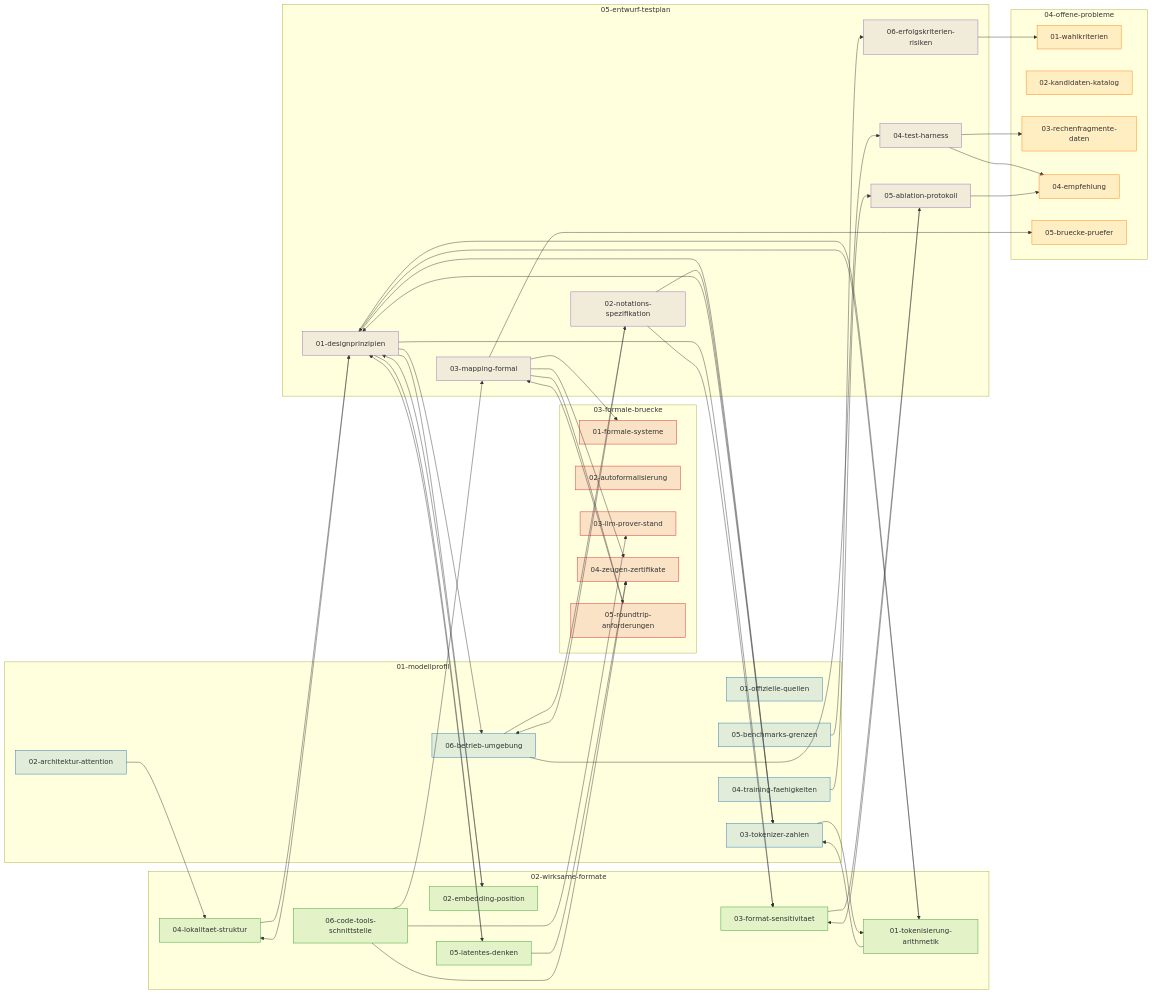
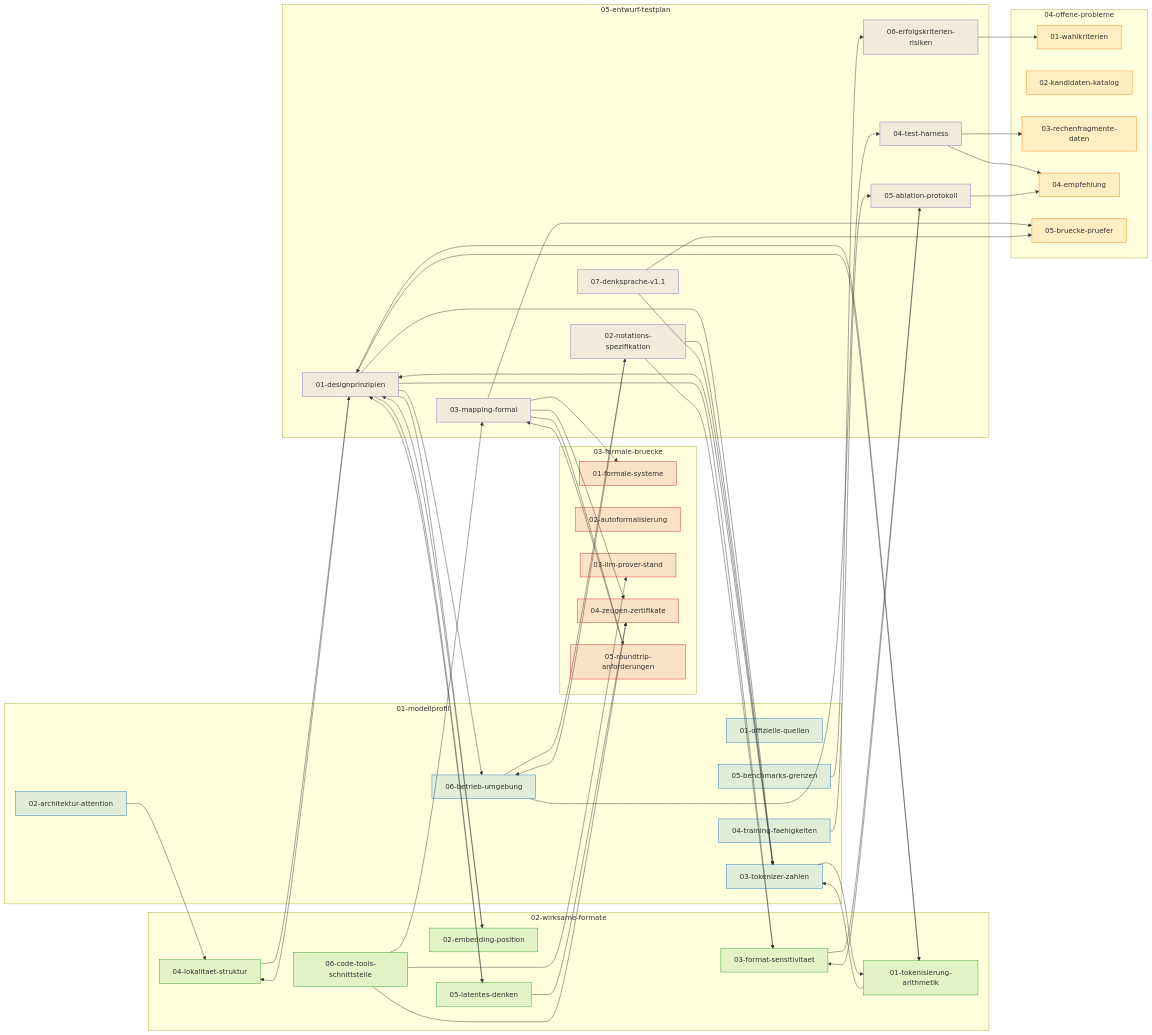
One commit to carsteneu/proofboy changed the diagram in yesdocs/deepseek-math-notation/wiki/INDEX.md. Above: the diagram before and after it, drawn with Mermaid. The commit also changed other lines of this file and 2 other files, not shown here.

````diff
--- a/yesdocs/deepseek-math-notation/wiki/INDEX.md
+++ b/yesdocs/deepseek-math-notation/wiki/INDEX.md
@@ -67,6 +67,7 @@
     F0504[04-test-harness]
     F0505[05-ablation-protokoll]
     F0506[06-erfolgskriterien-risiken]
+    F0507[07-denksprache-v1.1]
   end
   F0102 --> F0204
   F0103 --> F0201
@@ -105,6 +106,8 @@
   F0505 --> F0203
   F0505 --> F0404
   F0506 --> F0401
+  F0507 --> F0103
+  F0507 --> F0405
   classDef C01 fill:#1f77b422,stroke:#1f77b4,stroke-width:1px
   classDef C02 fill:#2ca02c22,stroke:#2ca02c,stroke-width:1px
   classDef C03 fill:#d6272822,stroke:#d62728,stroke-width:1px
@@ -114,5 +117,5 @@
   class F0201,F0202,F0203,F0204,F0205,F0206 C02
   class F0301,F0302,F0303,F0304,F0305 C03
   class F0401,F0402,F0403,F0404,F0405 C04
-  class F0501,F0502,F0503,F0504,F0505,F0506 C05
+  class F0501,F0502,F0503,F0504,F0505,F0506,F0507 C05
 ```
````
